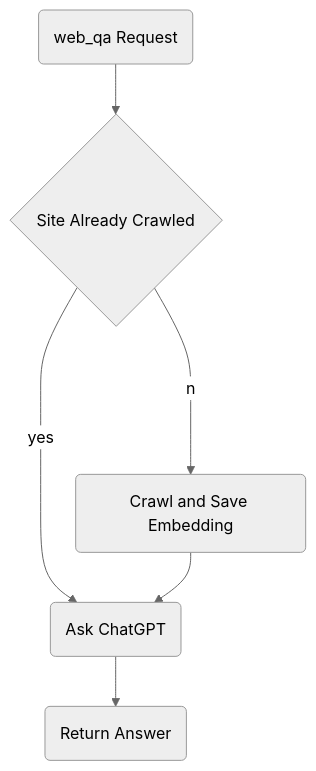
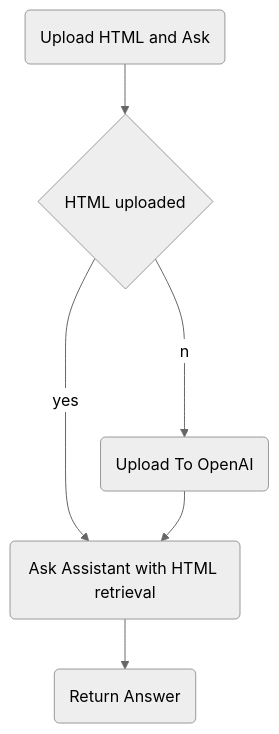
Before and after one commit to chuanmx20/web-crawl-qa: the diagram in README.md, drawn with Mermaid (neutral theme). The commit also changed other lines of this file and 2 other files, not shown here.

````diff
--- a/README.md
+++ b/README.md
@@ -15,15 +15,15 @@
 ```mermaid
 graph TD;
 
-a(web_qa Request)
-b{Site Already Crawled}
-c(Ask ChatGPT)
-d(Crawl and Save Embedding)
+a(Upload HTML and Ask)
+b{HTML uploaded}
+c(Ask Assistant with HTML retrieval)
+d(Upload To OpenAI)
 e(Return Answer)
 a -->b
 b --yes--> c
 b --no--> d
 d --> c
 c --> e
 
 ```
````
